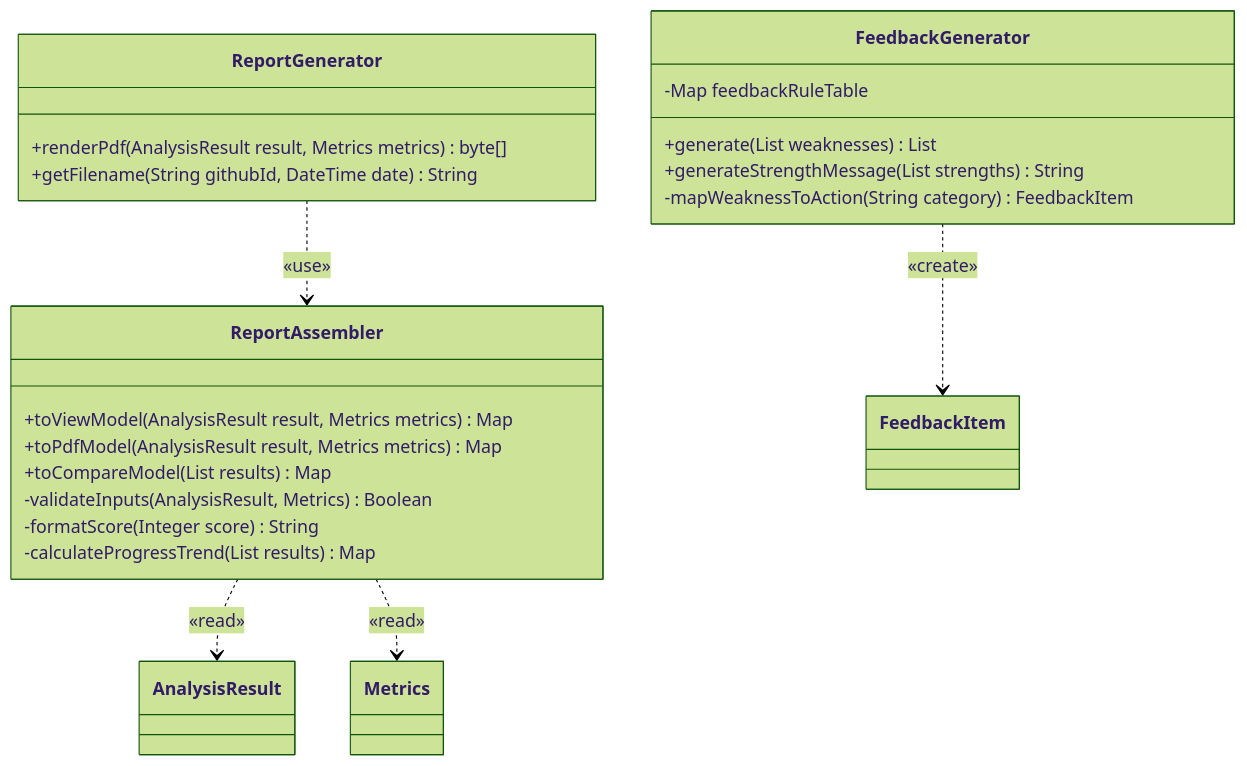
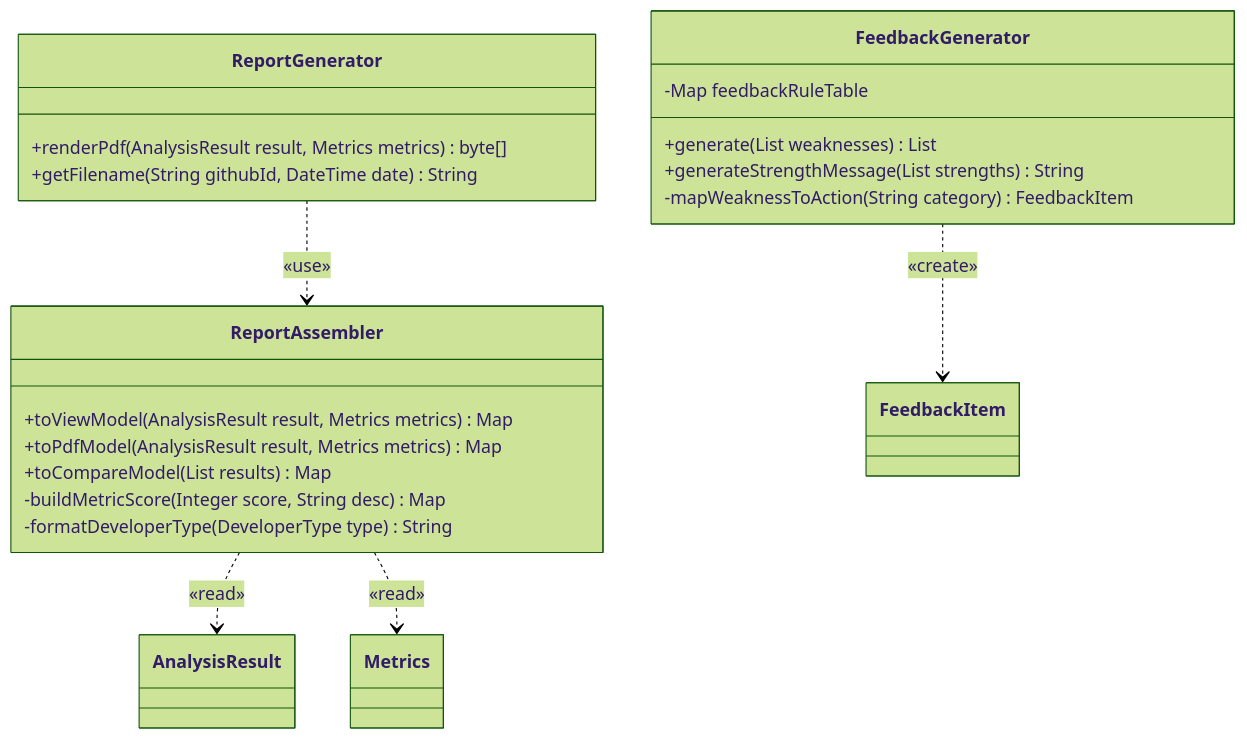
The eighth of 15 diagrams in Design_[22212046_안효원].md (NotHyoone/OSS_Design), drawn with Mermaid (forest theme) before and after one commit. The commit also changed other lines of this file and 2 other files, not shown here.

Commit message:
docs: sync design spec with implemented classes and flows

````diff
--- a/Design_[22212046_안효원].md
+++ b/Design_[22212046_안효원].md
@@ -559,30 +578,29 @@
 ```mermaid
 classDiagram
     direction TB
 
     class FeedbackGenerator {
         -Map feedbackRuleTable
         +generate(List weaknesses) List
         +generateStrengthMessage(List strengths) String
         -mapWeaknessToAction(String category) FeedbackItem
     }
 
     class ReportAssembler {
         +toViewModel(AnalysisResult result, Metrics metrics) Map
         +toPdfModel(AnalysisResult result, Metrics metrics) Map
         +toCompareModel(List results) Map
-        -validateInputs(AnalysisResult, Metrics) Boolean
-        -formatScore(Integer score) String
-        -calculateProgressTrend(List results) Map
+        -buildMetricScore(Integer score, String desc) Map
+        -formatDeveloperType(DeveloperType type) String
     }
 
     class ReportGenerator {
         +renderPdf(AnalysisResult result, Metrics metrics) byte[]
         +getFilename(String githubId, DateTime date) String
     }
 
     FeedbackGenerator ..> FeedbackItem : «create»
     ReportAssembler ..> AnalysisResult : «read»
     ReportAssembler ..> Metrics : «read»
     ReportGenerator ..> ReportAssembler : «use»
 ```
````
